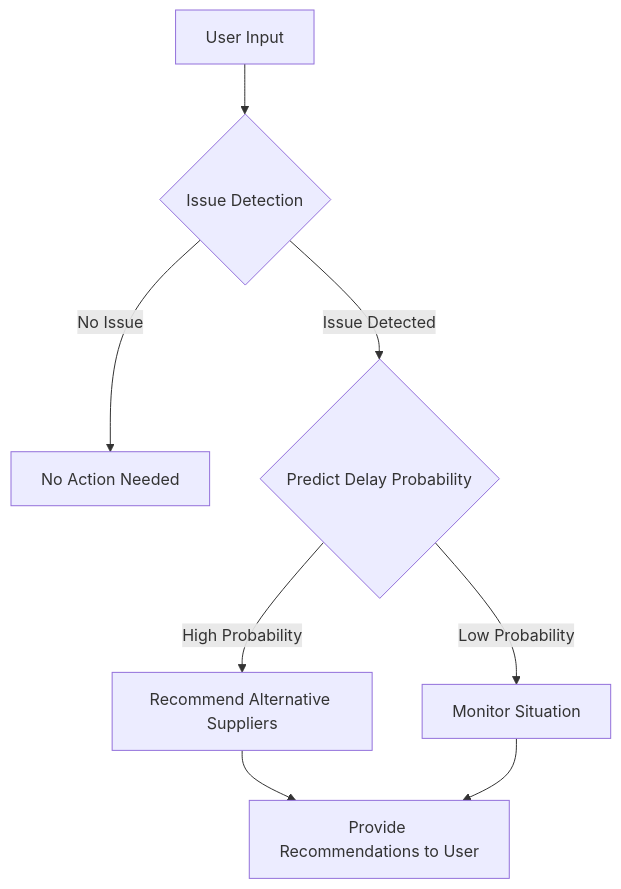
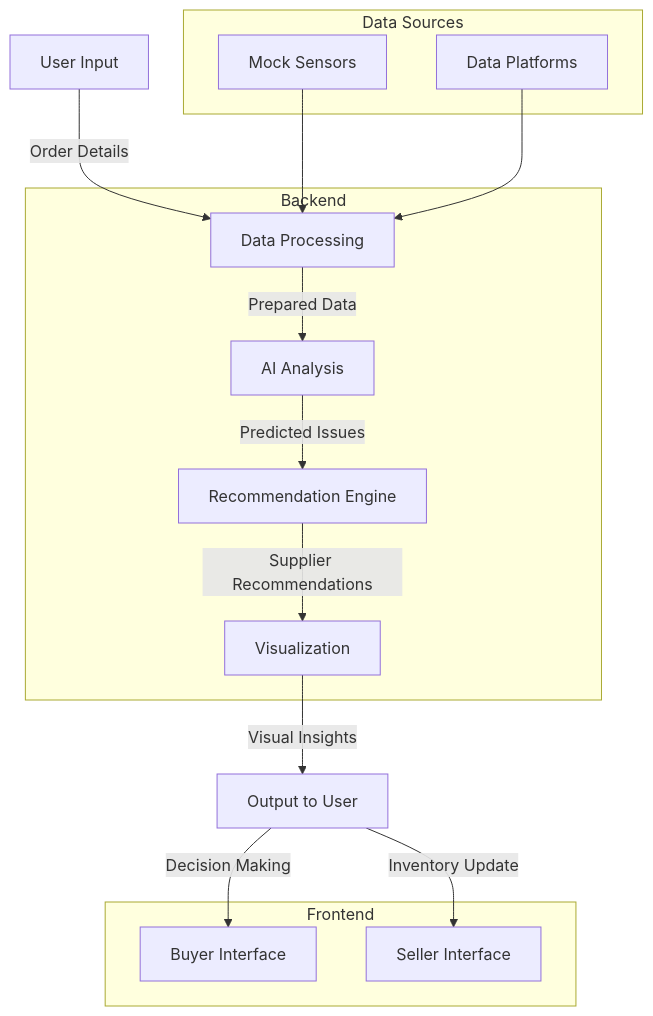
Before and after one commit to aniruddhgoteti/ondc-defensive-ai: the diagram in Readme.md, drawn with Mermaid. The commit also changed other lines of this file and 17 other files, not shown here.

Commit message:
add mock sensor data, include visualisations

````diff
--- a/Readme.md
+++ b/Readme.md
@@ -55,10 +89,26 @@
 ```mermaid
-graph TD
-    A[User Input] --> B{Issue Detection}
-    B -->|No Issue| C[No Action Needed]
-    B -->|Issue Detected| D{Predict Delay Probability}
-    D -->|High Probability| E[Recommend Alternative Suppliers]
-    D -->|Low Probability| F[Monitor Situation]
-    E --> G[Provide Recommendations to User]
-    F --> G
+graph TD;
+    A[User Input] -->|Order Details| B[Data Processing];
+    B -->|Prepared Data| C[AI Analysis];
+    C -->|Predicted Issues| D[Recommendation Engine];
+    D -->|Supplier Recommendations| E[Visualization];
+    E -->|Visual Insights| F[Output to User];
+    F -->|Decision Making| G[Buyer Interface];
+    F -->|Inventory Update| H[Seller Interface];
+    subgraph Frontend
+        G;
+        H;
+    end
+    subgraph Backend
+        B;
+        C;
+        D;
+        E;
+    end
+    subgraph Data Sources
+        I[Mock Sensors];
+        J[Data Platforms];
+        I --> B;
+        J --> B;
+    end
 ```
````
